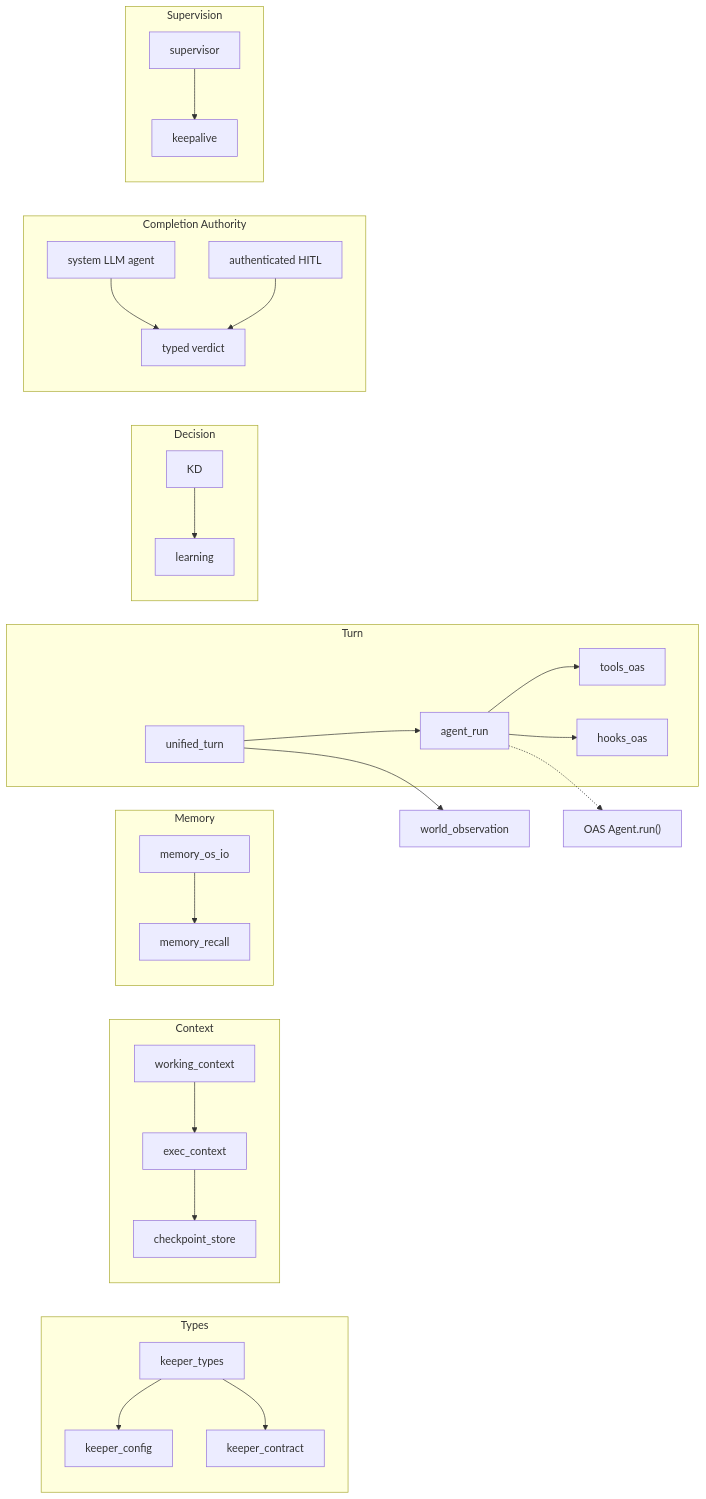
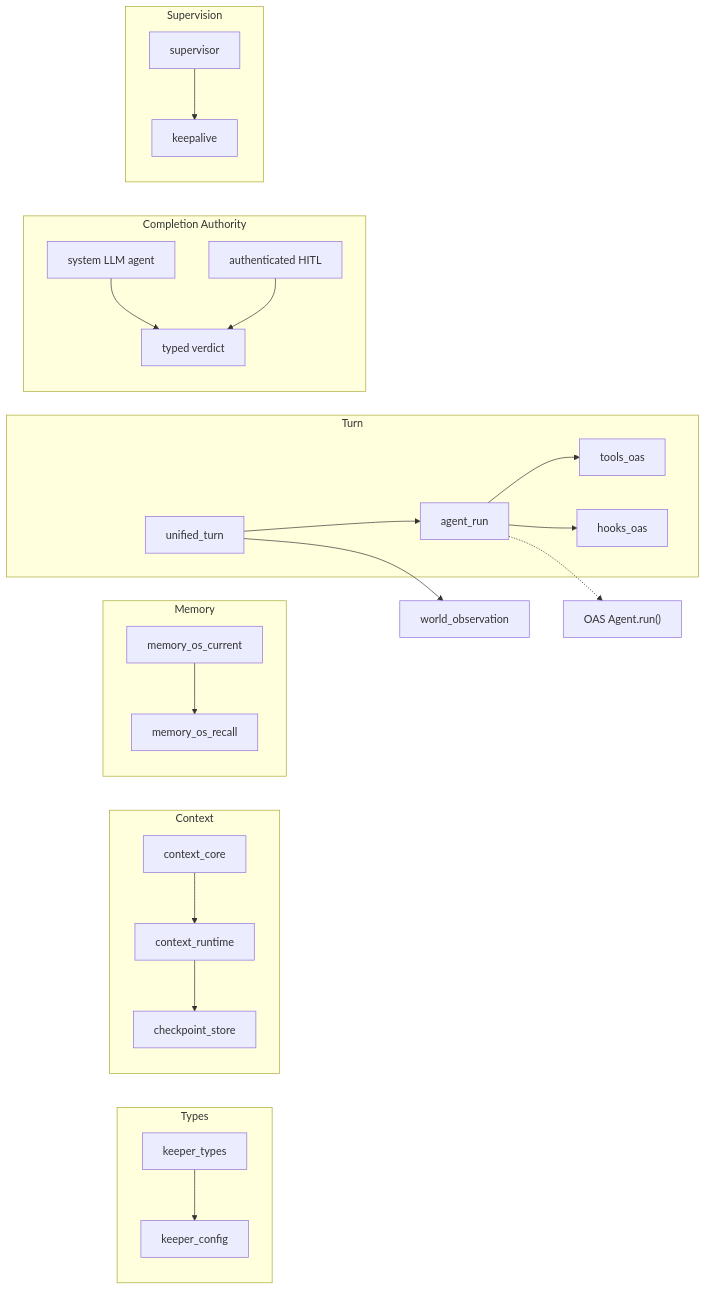
The first of 4 diagrams in docs/spec/05-keeper-agent.md (jeong-sik/masc), drawn with Mermaid before and after one commit. The commit also changed other lines of this file and 6 other files, not shown here.

````diff
--- a/docs/spec/05-keeper-agent.md
+++ b/docs/spec/05-keeper-agent.md
@@ -39,29 +39,25 @@
 ```mermaid
 graph LR
   subgraph Types
     KT[keeper_types] --> KC[keeper_config]
-    KT --> KCT[keeper_contract]
   end
   subgraph Context
-    KWC[working_context] --> KEC[exec_context] --> KCS[checkpoint_store]
+    KCC[context_core] --> KCR[context_runtime] --> KCS[checkpoint_store]
   end
   subgraph Memory
-    KMO[memory_os_io] --> KMR[memory_recall]
+    KMO[memory_os_current] --> KMR[memory_os_recall]
   end
   subgraph Turn
     KUT[unified_turn] --> KAR[agent_run] --> KTO[tools_oas]
     KAR --> KHO[hooks_oas]
-  end
-  subgraph Decision
-    KD --> KL[learning]
   end
   subgraph Completion Authority
     CA[system LLM agent] --> CV[typed verdict]
     HO[authenticated HITL] --> CV
   end
   subgraph Supervision
     KRS[supervisor] --> KKA[keepalive]
   end
   KUT --> KWO[world_observation]
   KAR -.-> OAS["OAS Agent.run()"]
 ```
````
